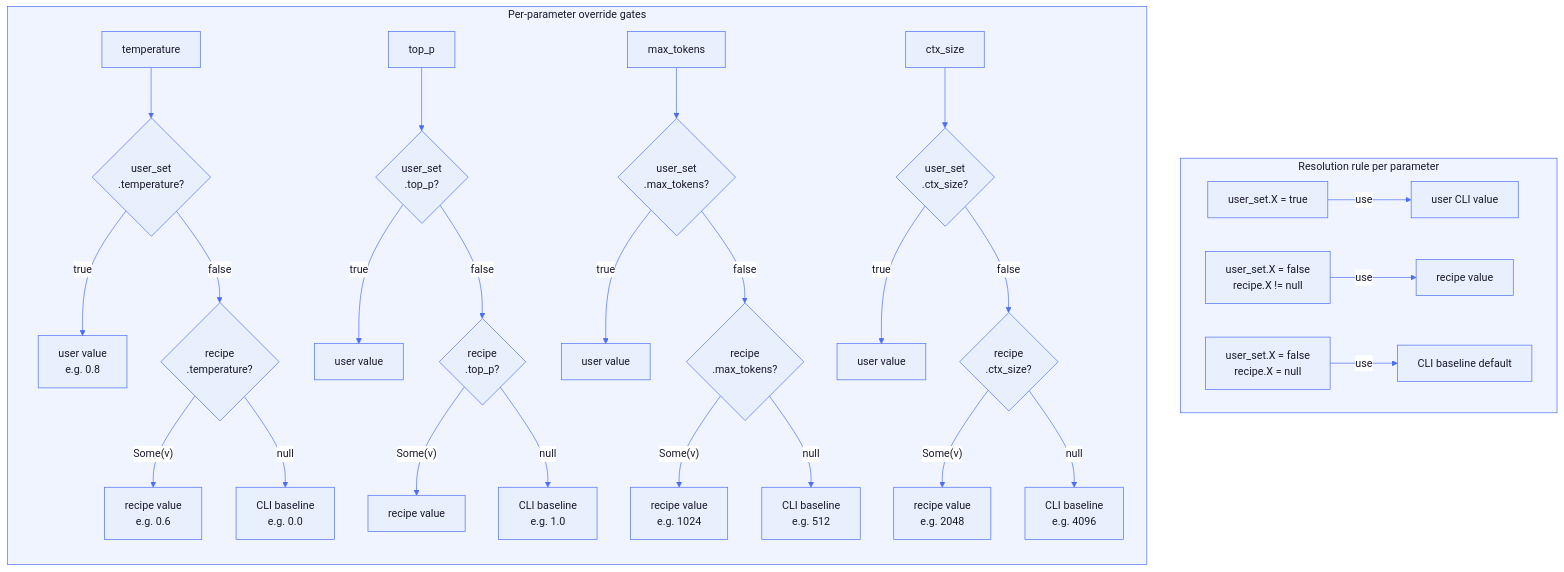
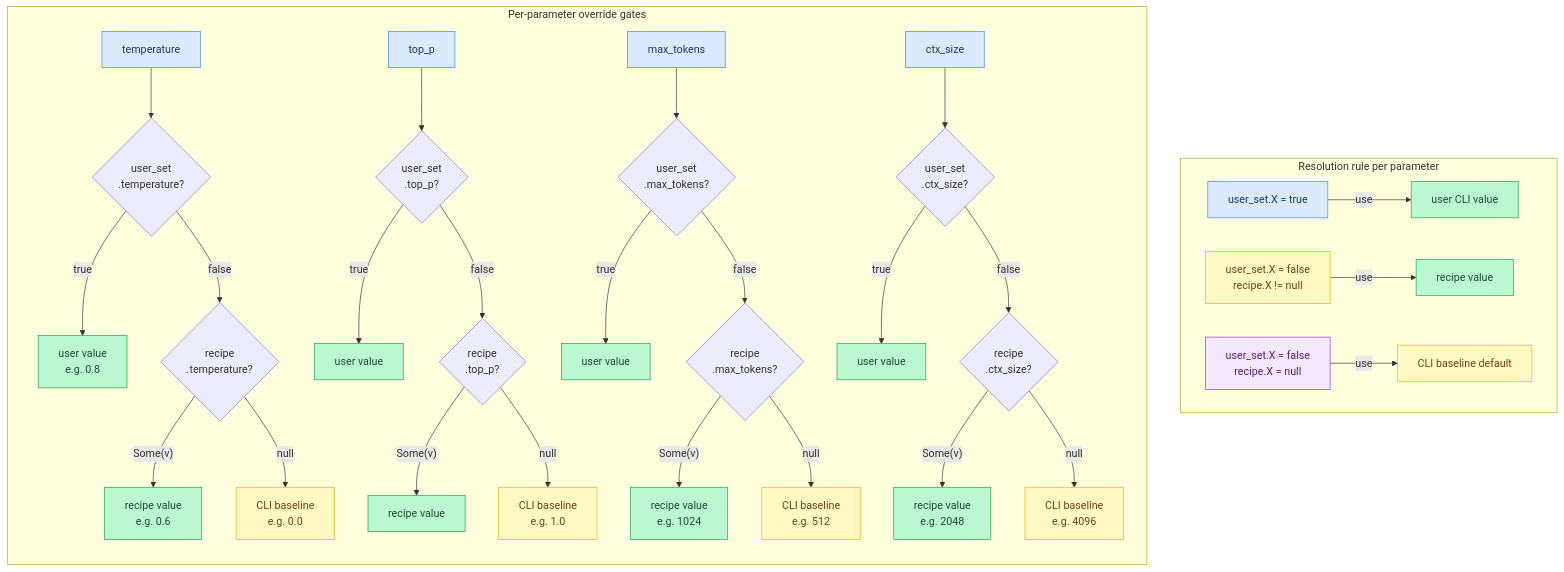
One commit to maci0/agave changed the fourth of 6 diagrams in docs/tutorial/16-recipe-system.md. Above: the diagram before and after it, drawn with Mermaid. The commit also changed other lines of this file and 24 other files, not shown here.

First line of the commit message:
docs: convert all mermaid diagrams to classDef semantic colors

````diff
--- a/docs/tutorial/16-recipe-system.md
+++ b/docs/tutorial/16-recipe-system.md
@@ -314,51 +303,70 @@
 ```mermaid
-%%{init: {'theme': 'base', 'themeVariables': {
-  'primaryColor': '#e8f0fe',
-  'primaryTextColor': '#1a1a2e',
-  'primaryBorderColor': '#4a6cf7',
-  'lineColor': '#4a6cf7',
-  'secondaryColor': '#f0f4ff',
-  'tertiaryColor': '#f8f9ff',
-  'edgeLabelBackground': '#ffffff',
-  'clusterBkg': '#f0f4ff',
-  'clusterBorder': '#4a6cf7',
-  'titleColor': '#1a1a2e',
-  'nodeTextColor': '#1a1a2e',
-  'fontFamily': 'ui-monospace, SFMono-Regular, monospace'
-}}}%%
 flowchart TD
+    classDef setup     fill:#dbeafe,stroke:#3b82f6,color:#1e3a5f
+    classDef sync      fill:#dcfce7,stroke:#22c55e,color:#14532d
+    classDef migration fill:#fef9c3,stroke:#eab308,color:#713f12
+    classDef success   fill:#bbf7d0,stroke:#16a34a,color:#14532d
+    classDef danger    fill:#fee2e2,stroke:#ef4444,color:#7f1d1d
+    classDef optional  fill:#f3e8ff,stroke:#9333ea,color:#581c87
+
     subgraph Legend["Resolution rule per parameter"]
         direction LR
-        L1["user_set.X = true"] -->|"use"| LU["user CLI value"]
-        L2["user_set.X = false\nrecipe.X != null"] -->|"use"| LR["recipe value"]
-        L3["user_set.X = false\nrecipe.X = null"] -->|"use"| LD["CLI baseline default"]
+        L1["user_set.X = true"]:::setup
+        LU["user CLI value"]:::success
+        L2["user_set.X = false\nrecipe.X != null"]:::migration
+        LR["recipe value"]:::success
+        L3["user_set.X = false\nrecipe.X = null"]:::optional
+        LD["CLI baseline default"]:::migration
+        L1 -->|"use"| LU
+        L2 -->|"use"| LR
+        L3 -->|"use"| LD
     end
 
     subgraph Params["Per-parameter override gates"]
         direction TB
 
-        T1["temperature"] --> TG{"user_set\n.temperature?"}
-        TG -- "true" --> TV["user value\ne.g. 0.8"]
+        T1["temperature"]:::setup
+        TV["user value\ne.g. 0.8"]:::success
+        TRV["recipe value\ne.g. 0.6"]:::success
+        TDV["CLI baseline\ne.g. 0.0"]:::migration
+
+        P1["top_p"]:::setup
+        PV["user value"]:::success
+        PRV["recipe value"]:::success
+        PDV["CLI baseline\ne.g. 1.0"]:::migration
+
+        M1["max_tokens"]:::setup
+        MV["user value"]:::success
+        MRV["recipe value\ne.g. 1024"]:::success
+        MDV["CLI baseline\ne.g. 512"]:::migration
+
+        C1["ctx_size"]:::setup
+        CV["user value"]:::success
+        CRV["recipe value\ne.g. 2048"]:::success
+        CDV["CLI baseline\ne.g. 4096"]:::migration
+
+        T1 --> TG{"user_set\n.temperature?"}
+        TG -- "true" --> TV
         TG -- "false" --> TR{"recipe\n.temperature?"}
-        TR -- "Some(v)" --> TRV["recipe value\ne.g. 0.6"]
-        TR -- "null" --> TDV["CLI baseline\ne.g. 0.0"]
+        TR -- "Some(v)" --> TRV
+        TR -- "null" --> TDV
 
-        P1["top_p"] --> PG{"user_set\n.top_p?"}
-        PG -- "true" --> PV["user value"]
+        P1 --> PG{"user_set\n.top_p?"}
+        PG -- "true" --> PV
         PG -- "false" --> PR{"recipe\n.top_p?"}
-        PR -- "Some(v)" --> PRV["recipe value"]
-        PR -- "null" --> PDV["CLI baseline\ne.g. 1.0"]
+        PR -- "Some(v)" --> PRV
+        PR -- "null" --> PDV
 
-        M1["max_tokens"] --> MG{"user_set\n.max_tokens?"}
-        MG -- "true" --> MV["user value"]
+        M1 --> MG{"user_set\n.max_tokens?"}
+        MG -- "true" --> MV
         MG -- "false" --> MR{"recipe\n.max_tokens?"}
-        MR -- "Some(v)" --> MRV["recipe value\ne.g. 1024"]
-        MR -- "null" --> MDV["CLI baseline\ne.g. 512"]
+        MR -- "Some(v)" --> MRV
+        MR -- "null" --> MDV
 
-        C1["ctx_size"] --> CG{"user_set\n.ctx_size?"}
-        CG -- "true" --> CV["user value"]
+        C1 --> CG{"user_set\n.ctx_size?"}
+        CG -- "true" --> CV
         CG -- "false" --> CR{"recipe\n.ctx_size?"}
-        CR -- "Some(v)" --> CRV["recipe value\ne.g. 2048"]
-        CR -- "null" --> CDV["CLI baseline\ne.g. 4096"]
+        CR -- "Some(v)" --> CRV
+        CR -- "null" --> CDV
     end
 ```
````
